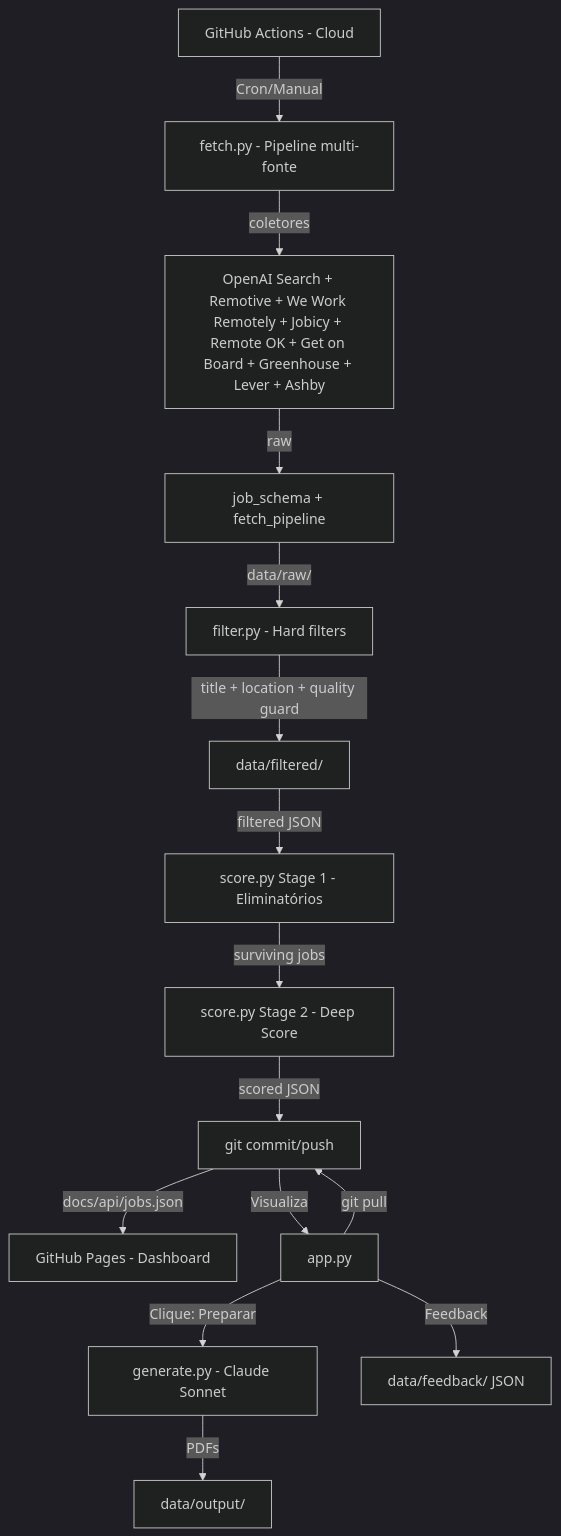
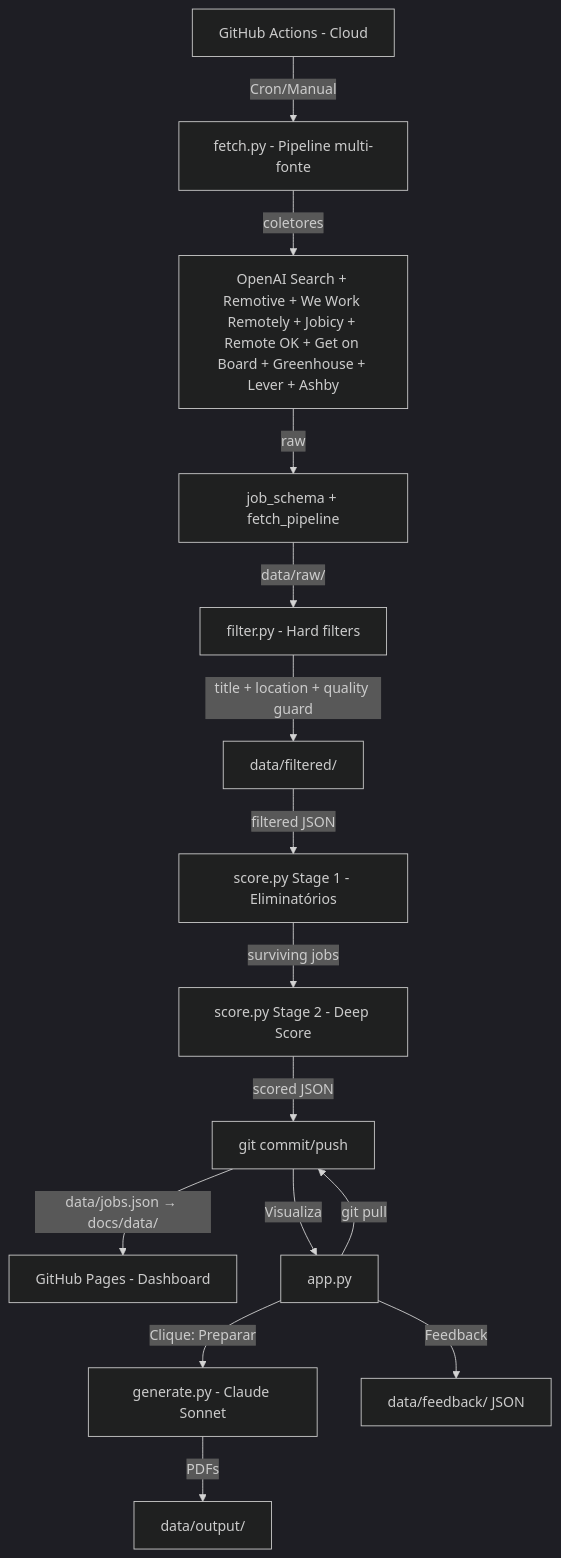
Before and after one commit to gmaiarviana/job_radar: the diagram in ARCHITECTURE.md, drawn with Mermaid (dark theme). The commit also changed other lines of this file and 5 other files, not shown here.

Commit message:
refactor: mover dados de jobs do docs/api para data

````diff
--- a/ARCHITECTURE.md
+++ b/ARCHITECTURE.md
@@ -11,18 +11,18 @@
 ```mermaid
 graph TD
     A[GitHub Actions - Cloud] -->|Cron/Manual| B[fetch.py - Pipeline multi-fonte]
     B -->|coletores| B1[OpenAI Search + Remotive + We Work Remotely + Jobicy + Remote OK + Get on Board + Greenhouse + Lever + Ashby]
     B1 -->|raw| B2[job_schema + fetch_pipeline]
     B2 -->|data/raw/| B3[filter.py - Hard filters]
     B3 -->|title + location + quality guard| B4[data/filtered/]
     B4 -->|filtered JSON| C[score.py Stage 1 - Eliminatórios]
     C -->|surviving jobs| D[score.py Stage 2 - Deep Score]
     D -->|scored JSON| E[git commit/push]
-    E -->|docs/api/jobs.json| J[GitHub Pages - Dashboard]
+    E -->|data/jobs.json → docs/data/| J[GitHub Pages - Dashboard]
 
     F[Streamlit - Local] -->|git pull| E
     E -->|Visualiza| F[app.py]
     F -->|Clique: Preparar| G[generate.py - Claude Sonnet]
     G -->|PDFs| H[data/output/]
     F -->|Feedback| I[data/feedback/ JSON]
 ```
````
